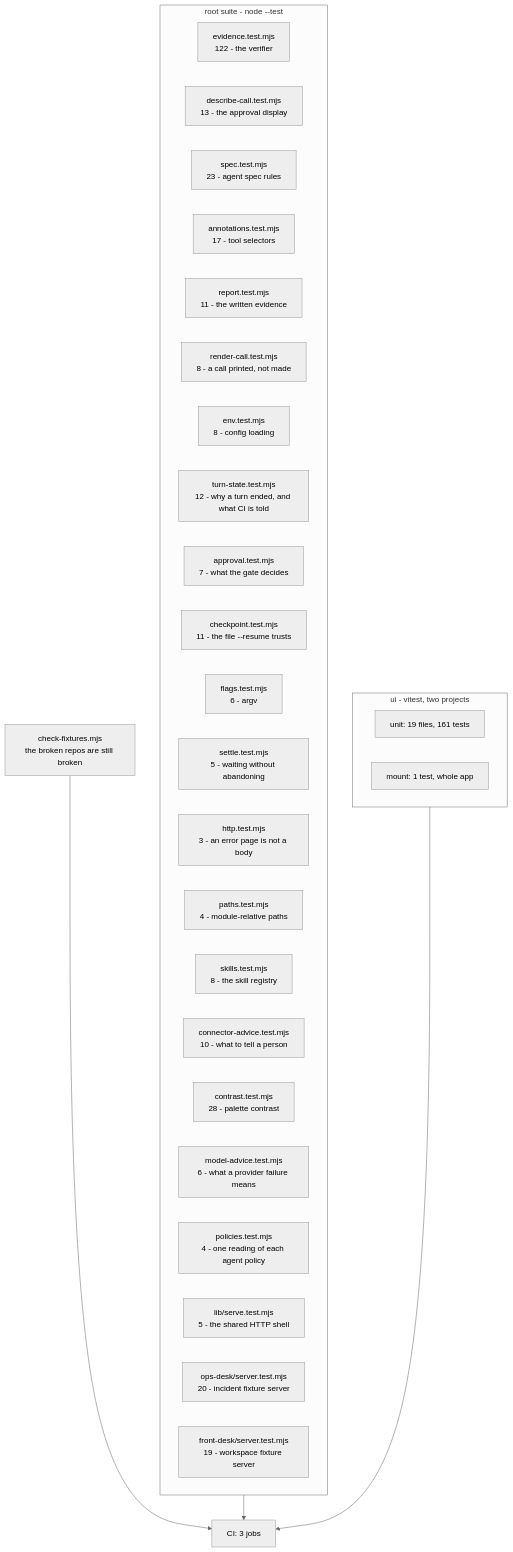
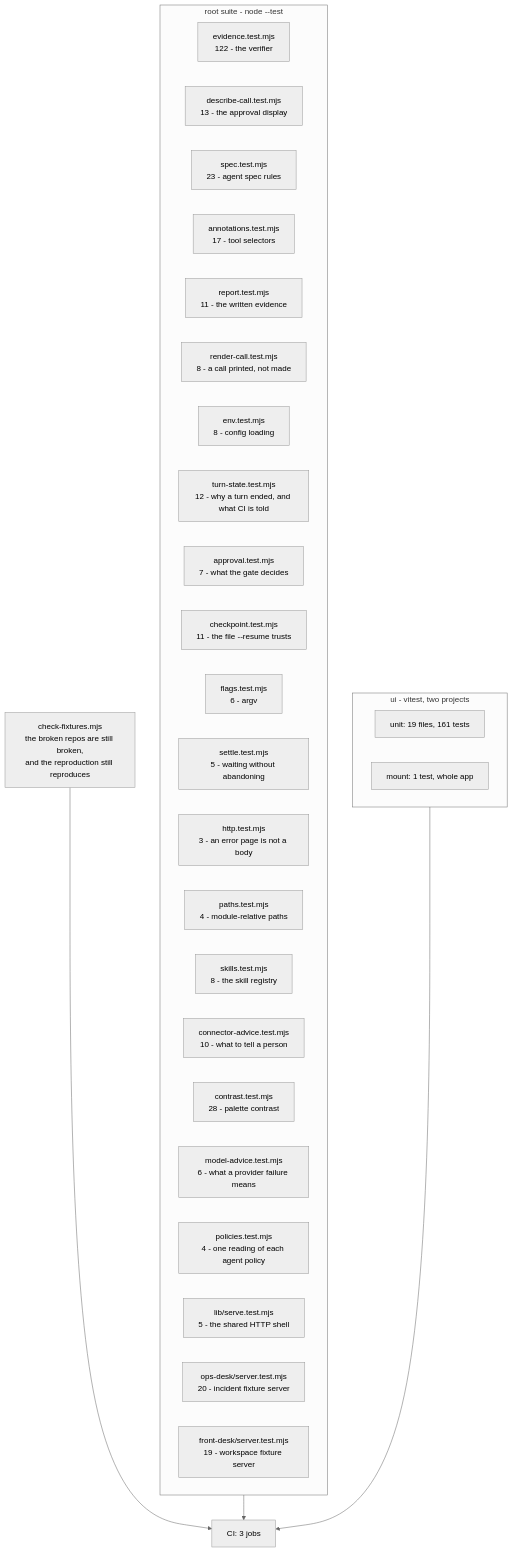
One commit to manumishra12/quartermaster changed the diagram in TESTING.md. Above: the diagram before and after it, drawn with Mermaid (neutral theme). The commit also changed other lines of this file and 4 other files, not shown here.

````diff
--- a/TESTING.md
+++ b/TESTING.md
@@ -30,38 +30,38 @@
 ```mermaid
 flowchart TD
   subgraph root["root suite - node --test"]
     EV["evidence.test.mjs<br/>122 - the verifier"]
     DC["describe-call.test.mjs<br/>13 - the approval display"]
     SP["spec.test.mjs<br/>23 - agent spec rules"]
     AN["annotations.test.mjs<br/>17 - tool selectors"]
     RP["report.test.mjs<br/>11 - the written evidence"]
     RC["render-call.test.mjs<br/>8 - a call printed, not made"]
     EN["env.test.mjs<br/>8 - config loading"]
     TS["turn-state.test.mjs<br/>12 - why a turn ended, and what CI is told"]
     AP["approval.test.mjs<br/>7 - what the gate decides"]
     CK["checkpoint.test.mjs<br/>11 - the file --resume trusts"]
     FL["flags.test.mjs<br/>6 - argv"]
     ST["settle.test.mjs<br/>5 - waiting without abandoning"]
     HT["http.test.mjs<br/>3 - an error page is not a body"]
     PA["paths.test.mjs<br/>4 - module-relative paths"]
     SK["skills.test.mjs<br/>8 - the skill registry"]
     CA["connector-advice.test.mjs<br/>10 - what to tell a person"]
     CO["contrast.test.mjs<br/>28 - palette contrast"]
     MA["model-advice.test.mjs<br/>6 - what a provider failure means"]
     PO["policies.test.mjs<br/>4 - one reading of each agent policy"]
     SV["lib/serve.test.mjs<br/>5 - the shared HTTP shell"]
     OD["ops-desk/server.test.mjs<br/>20 - incident fixture server"]
     FD["front-desk/server.test.mjs<br/>19 - workspace fixture server"]
   end
 
   subgraph ui["ui - vitest, two projects"]
     U1["unit: 19 files, 161 tests"]
     U2["mount: 1 test, whole app"]
   end
 
-  FX["check-fixtures.mjs<br/>the broken repos are still broken"]
+  FX["check-fixtures.mjs<br/>the broken repos are still broken,<br/>and the reproduction still reproduces"]
 
   root --> CI["CI: 3 jobs"]
   ui --> CI
   FX --> CI
 ```
````
